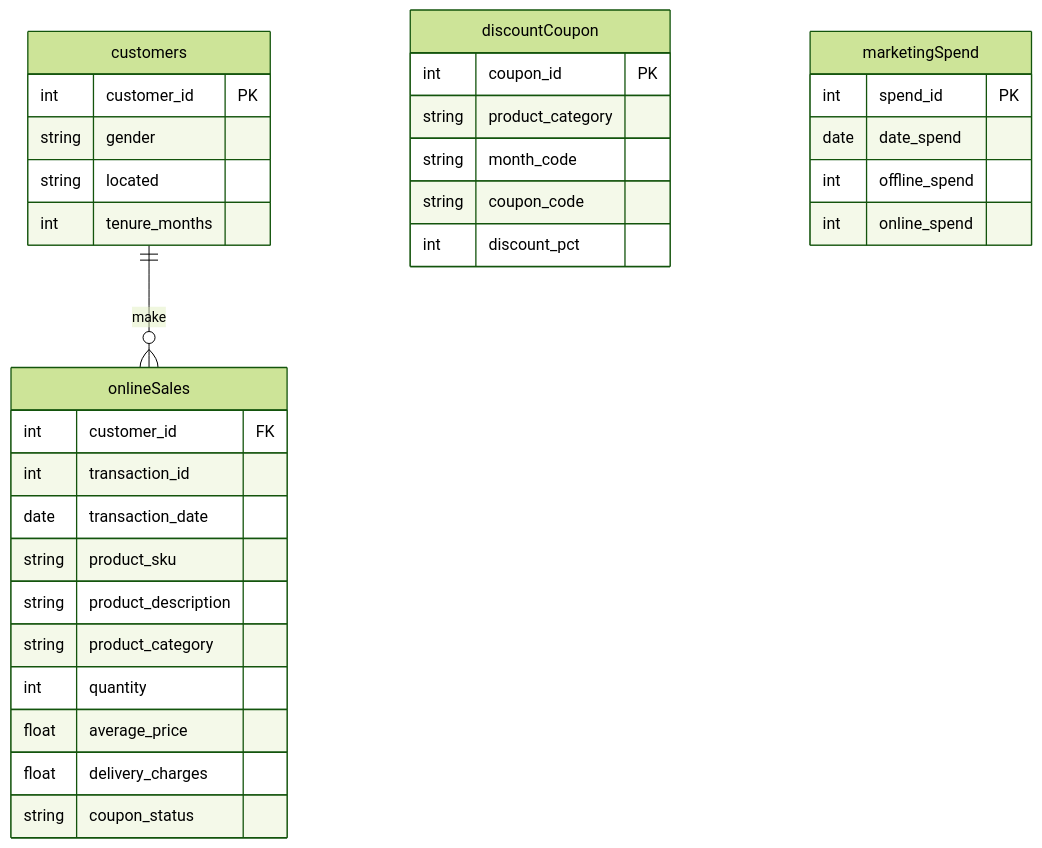
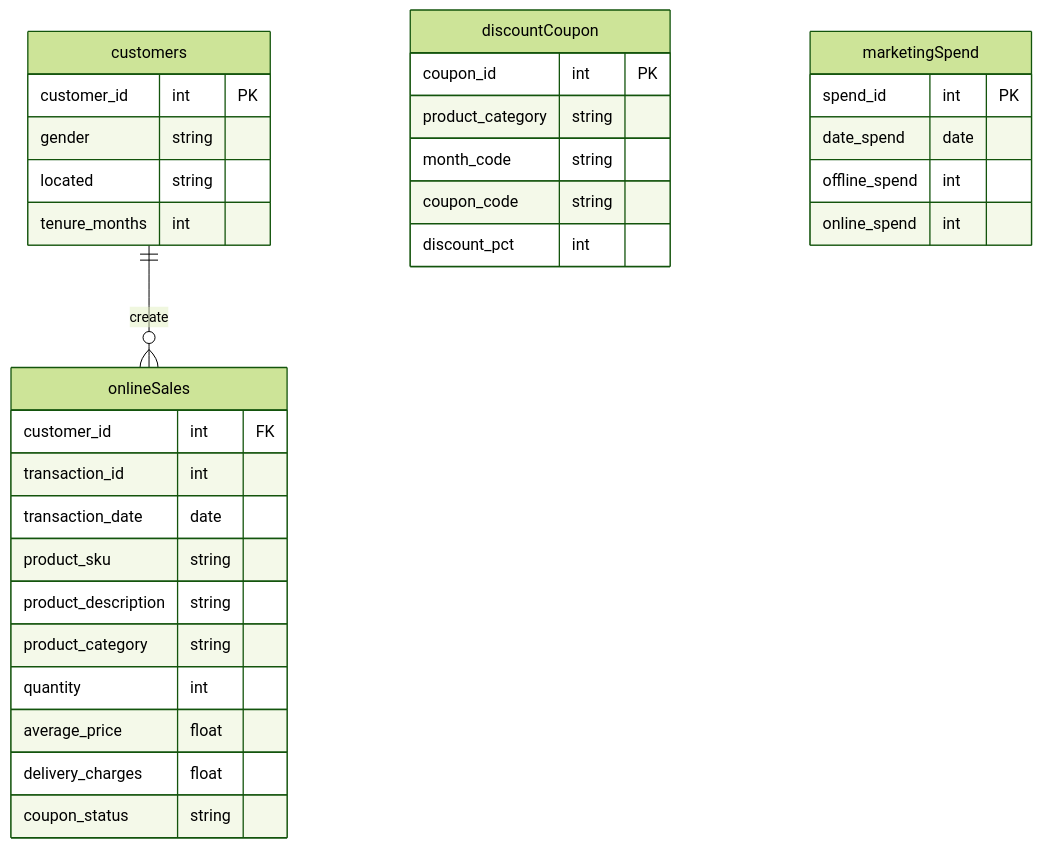
Before and after one commit to flowdriven/acme-etl-dwh-mktg: the diagram in README.md, drawn with Mermaid (forest theme). The commit also changed other lines of this file, not shown here.

````diff
--- a/README.md
+++ b/README.md
@@ -179,36 +188,36 @@
 ```mermaid
 erDiagram
-    customers ||--o{ onlineSales : make
+    customers ||--o{ onlineSales : create
     customers {
-        int customer_id PK
-        string gender
-        string located
-        int tenure_months
+        customer_id int PK
+        gender string 
+        located string 
+        tenure_months int 
     }
     onlineSales  
     onlineSales {
-        int customer_id FK  
-        int transaction_id  
-        date transaction_date
-        string product_sku 
-        string product_description
-        string product_category
-        int quantity
-        float average_price
-        float delivery_charges
-        string coupon_status
+        customer_id int FK  
+        transaction_id int   
+        transaction_date date 
+        product_sku string  
+        product_description string 
+        product_category string 
+        quantity int 
+        average_price float 
+        delivery_charges float 
+        coupon_status string 
     }
     discountCoupon {
-        int coupon_id  PK 
-        string product_category
-        string month_code
-        string coupon_code
-        int discount_pct  
+        coupon_id int PK 
+        product_category string 
+        month_code string 
+        coupon_code string 
+        discount_pct int   
     }
     marketingSpend {
-        int spend_id PK 
-        date date_spend
-        int offline_spend
-        int online_spend
+        spend_id int PK 
+        date_spend date 
+        offline_spend int 
+        online_spend int 
     }
 ```
````
